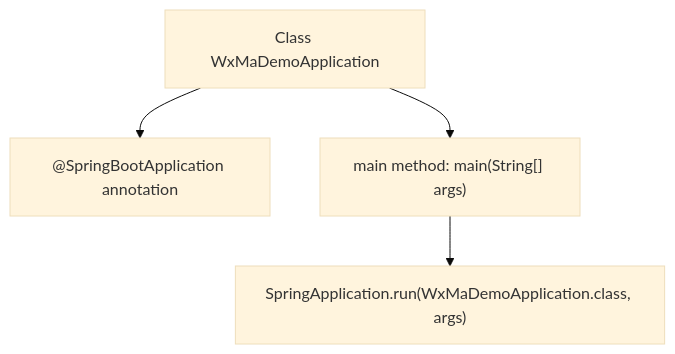
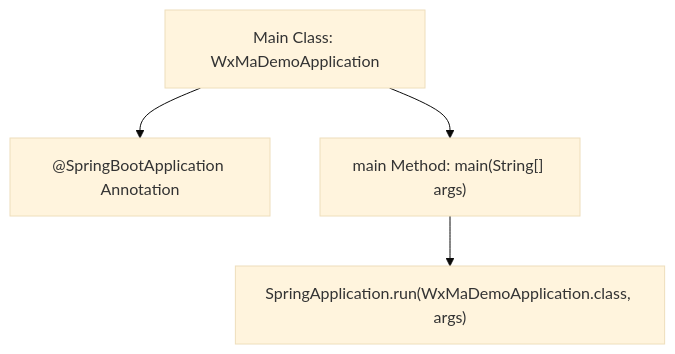
The second of 2 diagrams in docs/en/docs/src/main/java/com/github/binarywang/demo/wx/miniapp/WxMaDemoApplication.md (v-wjrong/binary_weixin-java-miniapp-demo), drawn with Mermaid (base theme) before and after one commit. The commit also changed other lines of this file and 47 other files, not shown here.

````diff
--- a/docs/en/docs/src/main/java/com/github/binarywang/demo/wx/miniapp/WxMaDemoApplication.md
+++ b/docs/en/docs/src/main/java/com/github/binarywang/demo/wx/miniapp/WxMaDemoApplication.md
@@ -54,11 +54,11 @@
 ```mermaid
 graph TD
-    A["Class WxMaDemoApplication"]
-    B["@SpringBootApplication annotation"]
-    C["main method: main(String[] args)"]
+    A["Main Class: WxMaDemoApplication"]
+    B["@SpringBootApplication Annotation"]
+    C["main Method: main(String[] args)"]
     D["SpringApplication.run(WxMaDemoApplication.class, args)"]
 
     A --> B
     A --> C
     C --> D
 ```
````
